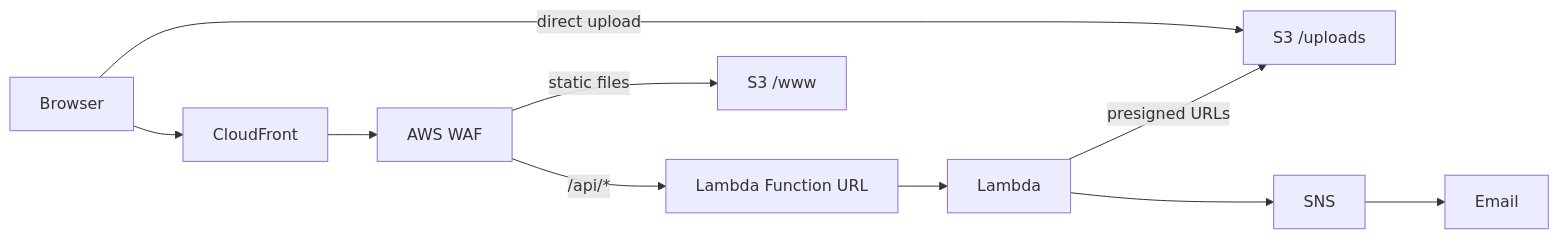
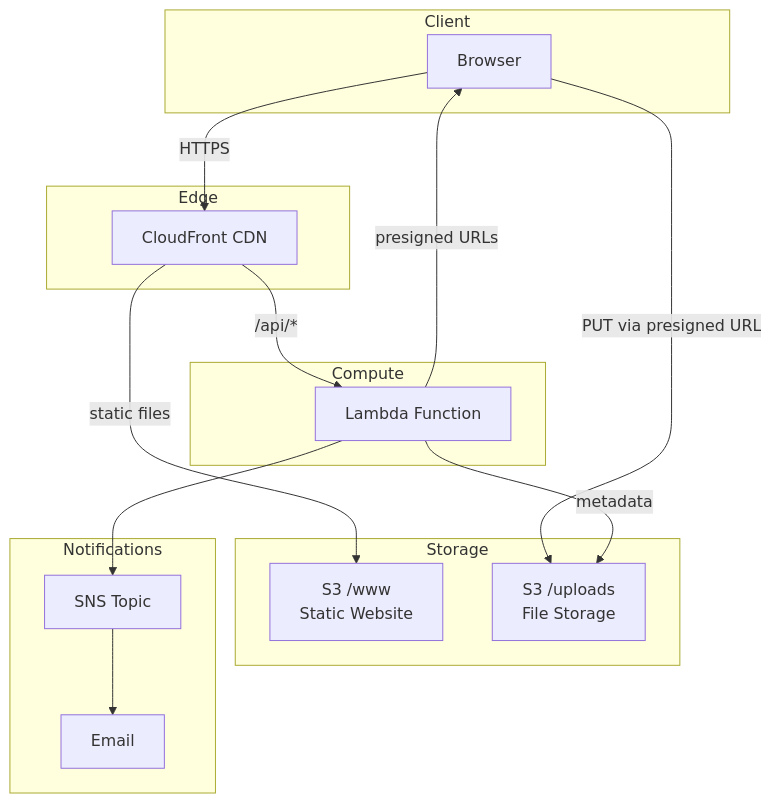
Before and after one commit to mcfarlanddan/secure-file-drop: the first of 2 diagrams in README.md, drawn with Mermaid. The commit also changed other lines of this file and 32 other files, not shown here.

````diff
--- a/README.md
+++ b/README.md
@@ -7,12 +7,33 @@
 ```mermaid
-graph LR
-    Browser --> CloudFront
-    CloudFront --> WAF[AWS WAF]
-    WAF -->|/api/*| LambdaURL[Lambda Function URL]
-    WAF -->|static files| S3[S3 /www]
-    LambdaURL --> Lambda
-    Lambda -->|presigned URLs| S3Upload[S3 /uploads]
+graph TB
+    subgraph "Client"
+        Browser[Browser]
+    end
+
+    subgraph "Edge"
+        CF[CloudFront CDN]
+    end
+
+    subgraph "Compute"
+        Lambda[Lambda Function]
+    end
+
+    subgraph "Storage"
+        S3www[S3 /www<br/>Static Website]
+        S3uploads[S3 /uploads<br/>File Storage]
+    end
+
+    subgraph "Notifications"
+        SNS[SNS Topic]
+        Email[Email]
+    end
+
+    Browser -->|HTTPS| CF
+    CF -->|/api/*| Lambda
+    CF -->|static files| S3www
+    Lambda -->|presigned URLs| Browser
+    Browser -->|PUT via presigned URL| S3uploads
+    Lambda -->|metadata| S3uploads
     Lambda --> SNS
     SNS --> Email
-    Browser -->|direct upload| S3Upload
 ```
````
